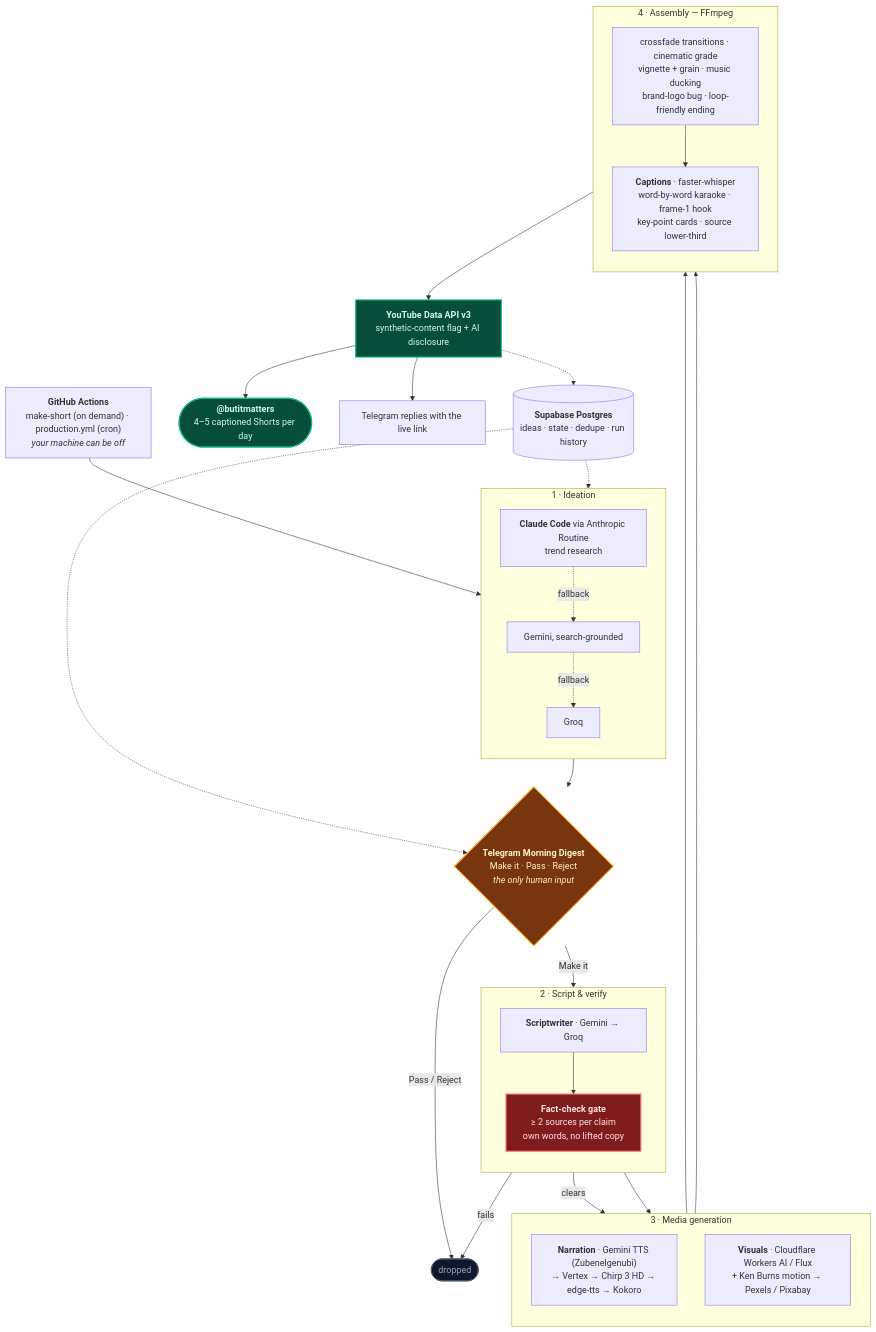
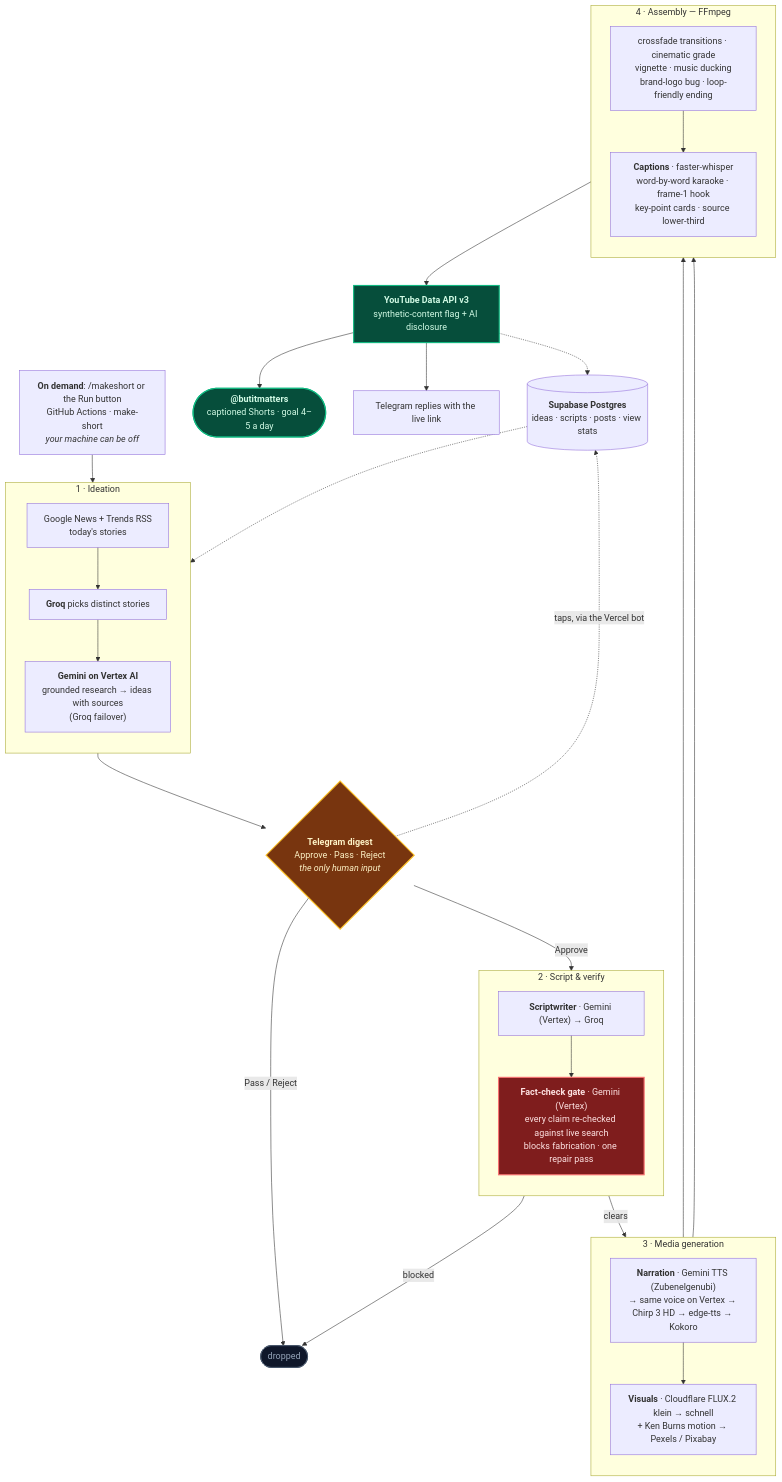
Before and after one commit to Shaan-alpha/AI-Reel-Factory: the diagram in README.md, drawn with Mermaid. The commit also changed other lines of this file and 1 other file, not shown here.

````diff
--- a/README.md
+++ b/README.md
@@ -77,64 +82,64 @@
 ```mermaid
 flowchart TD
-    CRON["<b>GitHub Actions</b><br/>make-short (on demand) · production.yml (cron)<br/><i>your machine can be off</i>"]
+    RUN["<b>On demand</b>: /makeshort or the Run button<br/>GitHub Actions · make-short<br/><i>your machine can be off</i>"]
 
     subgraph IDEA ["1 · Ideation"]
         direction TB
-        I1["<b>Claude Code</b> via Anthropic Routine<br/>trend research"]
-        I2["Gemini, search-grounded"]
-        I3["Groq"]
-        I1 -.->|"fallback"| I2 -.->|"fallback"| I3
+        I1["Google News + Trends RSS<br/>today's stories"]
+        I2["<b>Groq</b> picks distinct stories"]
+        I3["<b>Gemini on Vertex AI</b><br/>grounded research → ideas with sources<br/>(Groq failover)"]
+        I1 --> I2 --> I3
     end
 
-    TG{"<b>Telegram Morning Digest</b><br/>Make it · Pass · Reject<br/><i>the only human input</i>"}
+    TG{"<b>Telegram digest</b><br/>Approve · Pass · Reject<br/><i>the only human input</i>"}
     DROP(["dropped"])
 
     subgraph WRITE ["2 · Script &amp; verify"]
         direction TB
-        W1["<b>Scriptwriter</b> · Gemini → Groq"]
-        W2["<b>Fact-check gate</b><br/>≥ 2 sources per claim<br/>own words, no lifted copy"]
+        W1["<b>Scriptwriter</b> · Gemini (Vertex) → Groq"]
+        W2["<b>Fact-check gate</b> · Gemini (Vertex)<br/>every claim re-checked against live search<br/>blocks fabrication · one repair pass"]
         W1 --> W2
     end
 
     subgraph MEDIA ["3 · Media generation"]
         direction TB
-        V1["<b>Narration</b> · Gemini TTS (Zubenelgenubi)<br/>→ Vertex → Chirp 3 HD → edge-tts → Kokoro"]
-        V2["<b>Visuals</b> · Cloudflare Workers AI / Flux<br/>+ Ken Burns motion → Pexels / Pixabay"]
+        V1["<b>Narration</b> · Gemini TTS (Zubenelgenubi)<br/>→ same voice on Vertex → Chirp 3 HD → edge-tts → Kokoro"]
+        V2["<b>Visuals</b> · Cloudflare FLUX.2 klein → schnell<br/>+ Ken Burns motion → Pexels / Pixabay"]
+        V1 --> V2
     end
 
     subgraph EDIT ["4 · Assembly — FFmpeg"]
         direction TB
-        E1["crossfade transitions · cinematic grade<br/>vignette + grain · music ducking<br/>brand-logo bug · loop-friendly ending"]
+        E1["crossfade transitions · cinematic grade<br/>vignette · music ducking<br/>brand-logo bug · loop-friendly ending"]
         E2["<b>Captions</b> · faster-whisper<br/>word-by-word karaoke · frame-1 hook<br/>key-point cards · source lower-third"]
         E1 --> E2
     end
 
     PUB["<b>YouTube Data API v3</b><br/>synthetic-content flag + AI disclosure"]
-    OUT(["<b>@butitmatters</b><br/>4–5 captioned Shorts per day"])
+    OUT(["<b>@butitmatters</b><br/>captioned Shorts · goal 4–5 a day"])
     LINK["Telegram replies with the live link"]
-    DB[("<b>Supabase Postgres</b><br/>ideas · state · dedupe · run history")]
+    DB[("<b>Supabase Postgres</b><br/>ideas · scripts · posts · view stats")]
 
-    CRON --> I1
+    RUN --> I1
     IDEA --> TG
     TG -->|"Pass / Reject"| DROP
-    TG -->|"Make it"| W1
-    W2 -->|"fails"| DROP
+    TG -->|"Approve"| W1
+    W2 -->|"blocked"| DROP
     W2 -->|"clears"| V1
-    W2 --> V2
     V1 --> E1
     V2 --> E1
     E2 --> PUB --> OUT
     PUB --> LINK
     DB -.-> IDEA
-    DB -.-> TG
+    TG -.->|"taps, via the Vercel bot"| DB
     PUB -.-> DB
 
     classDef gate fill:#7f1d1d,stroke:#f87171,stroke-width:2px,color:#fee2e2
     classDef human fill:#78350f,stroke:#fbbf24,stroke-width:2px,color:#fef3c7
     classDef out fill:#064e3b,stroke:#10b981,stroke-width:2px,color:#d1fae5
     classDef quiet fill:#0f172a,stroke:#475569,stroke-width:1.5px,color:#94a3b8
     class W2 gate
     class TG human
     class OUT,PUB out
     class DROP quiet
 ```
````
